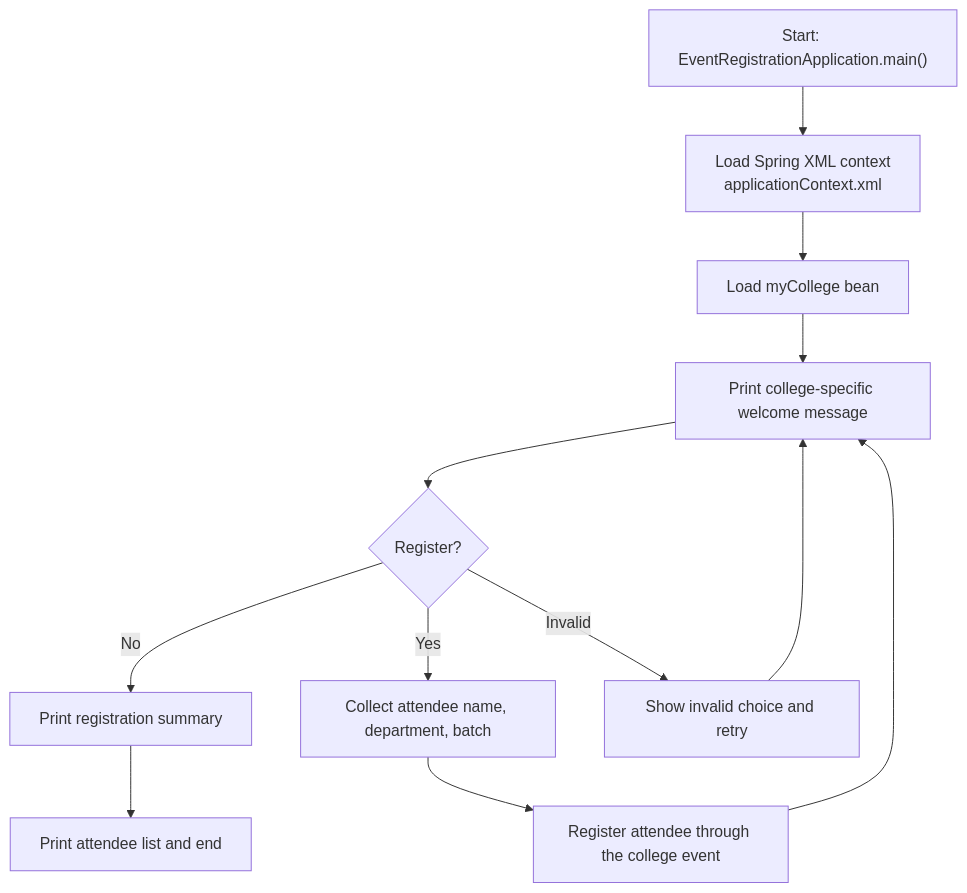
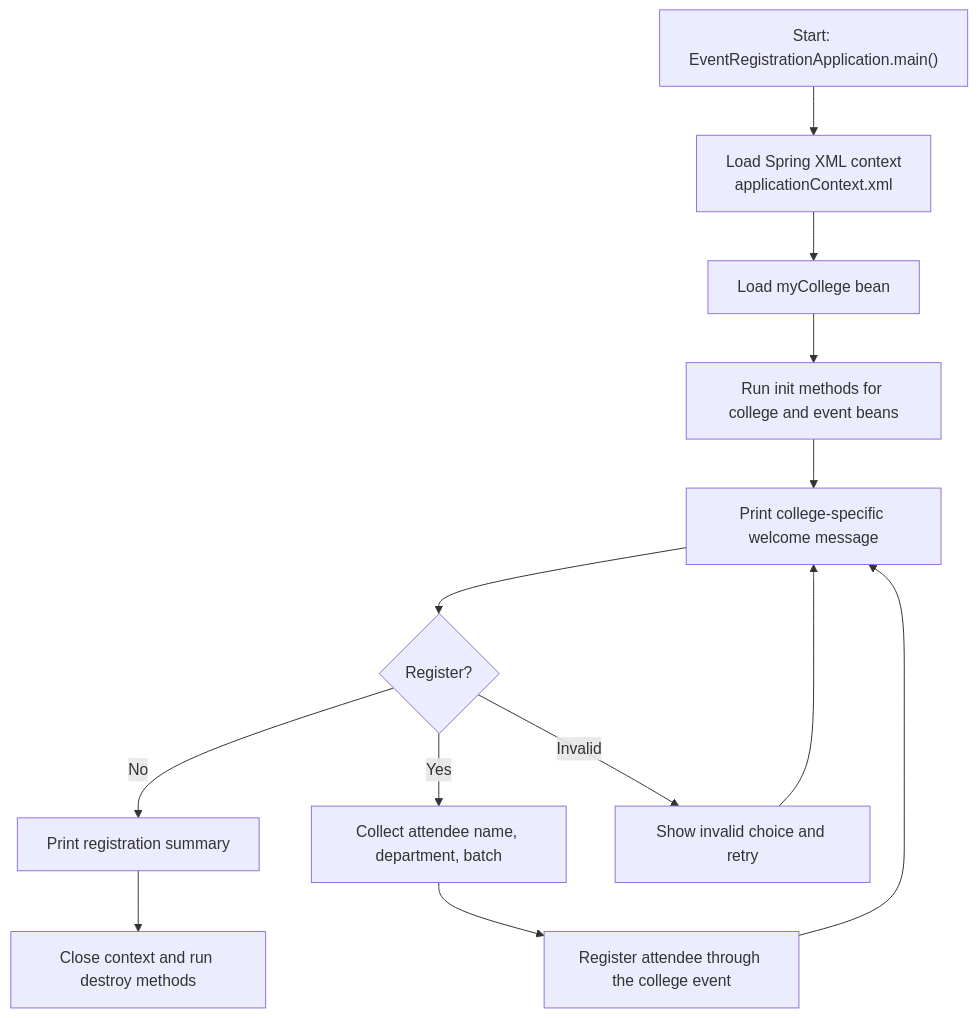
One commit to byte2code/event-registration changed the diagram in README.md. Above: the diagram before and after it, drawn with Mermaid. The commit also changed other lines of this file and 8 other files, not shown here.

Commit message:
Publish v3 of Event Registration

````diff
--- a/README.md
+++ b/README.md
@@ -40,14 +41,15 @@
 ```mermaid
 flowchart TD
     A["Start: EventRegistrationApplication.main()"] --> B["Load Spring XML context<br/>applicationContext.xml"]
     B --> C["Load myCollege bean"]
-    C --> D["Print college-specific welcome message"]
-    D --> E{"Register?"}
-    E -->|"Yes"| F["Collect attendee name, department, batch"]
-    E -->|"No"| H["Print registration summary"]
-    E -->|"Invalid"| I["Show invalid choice and retry"]
-    I --> D
-    F --> G["Register attendee through the college event"]
-    G --> D
-    H --> J["Print attendee list and end"]
+    C --> D["Run init methods for college and event beans"]
+    D --> E["Print college-specific welcome message"]
+    E --> F{"Register?"}
+    F -->|"Yes"| G["Collect attendee name, department, batch"]
+    F -->|"No"| I["Print registration summary"]
+    F -->|"Invalid"| J["Show invalid choice and retry"]
+    J --> E
+    G --> H["Register attendee through the college event"]
+    H --> E
+    I --> K["Close context and run destroy methods"]
 ```
````
